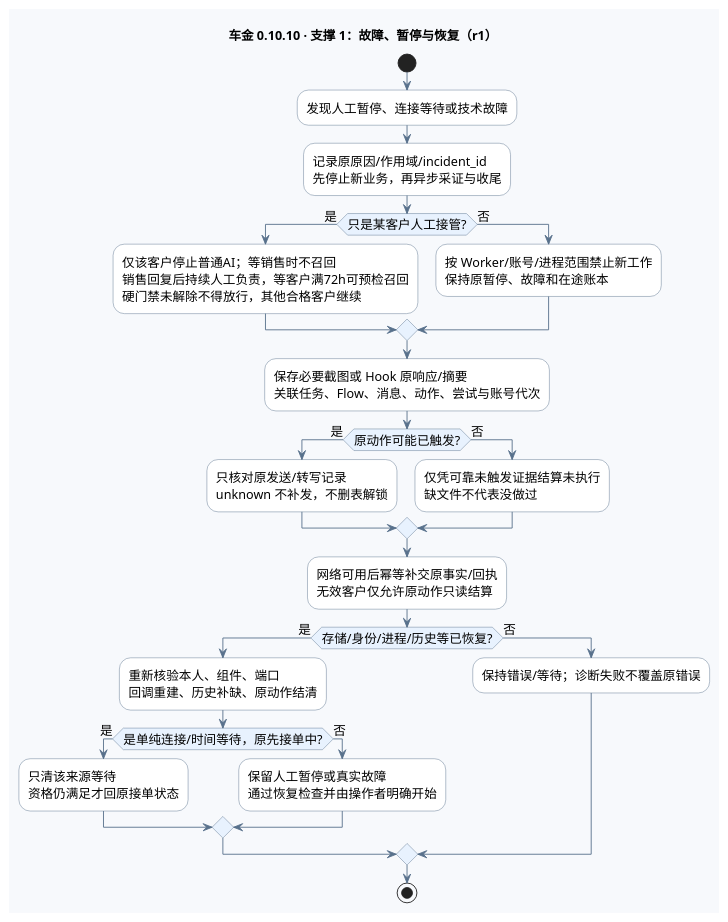
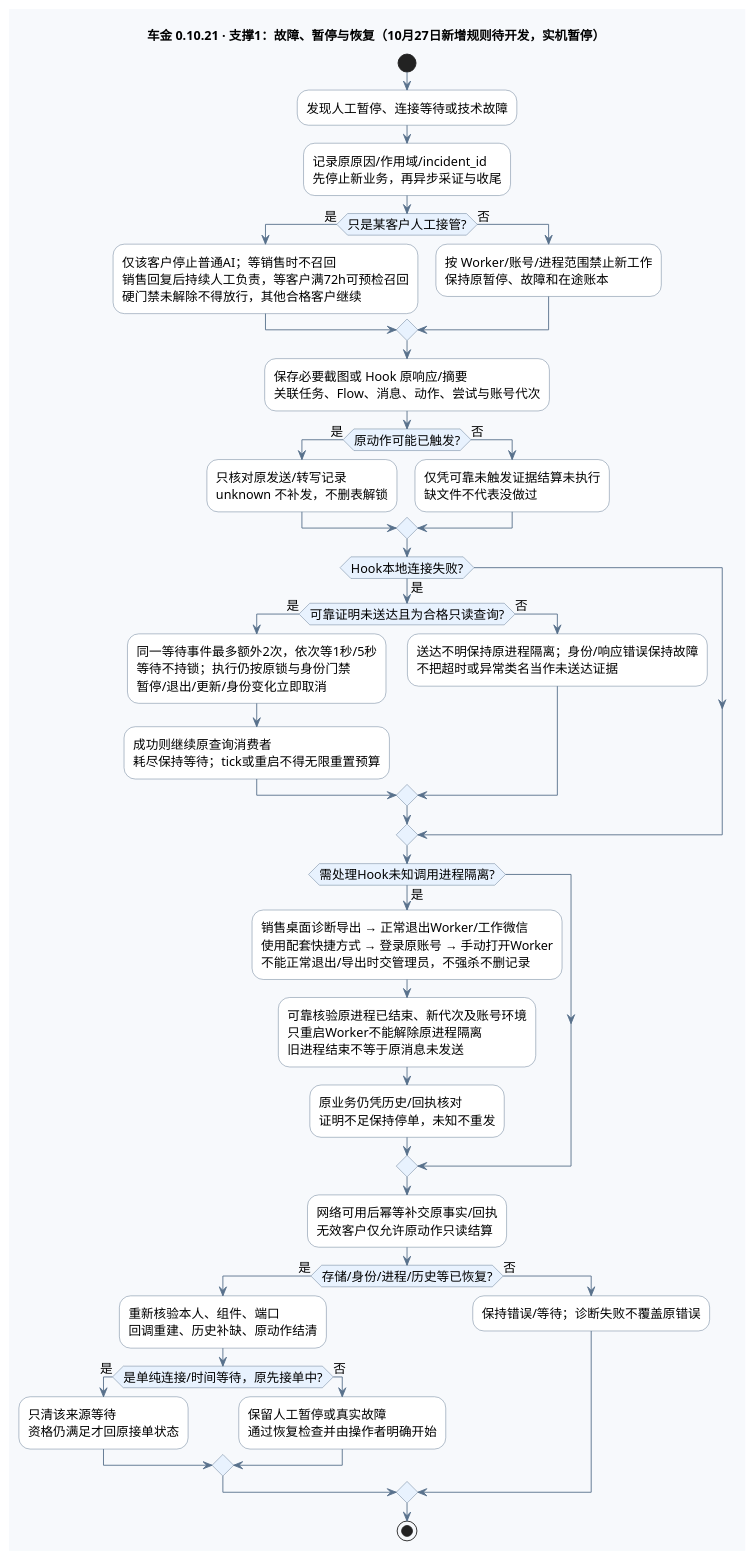
Before and after one commit to edwardzhang0304/chejin-ai-sales: the second of 6 diagrams in deliverables/AI智能客服售前跟进系统_全流程图_v0.10.21.puml, drawn with PlantUML. The commit also changed 29 other files, not shown here.

```diff
--- a/deliverables/AI智能客服售前跟进系统_全流程图_v0.10.21.puml
+++ b/deliverables/AI智能客服售前跟进系统_全流程图_v0.10.21.puml
@@ -342,52 +342,74 @@
 @startuml fault
 !pragma layout smetana
 skinparam defaultFontName "PingFang SC"
 skinparam defaultFontSize 14
 skinparam backgroundColor #F7F9FC
 skinparam shadowing false
 skinparam activityBackgroundColor #FFFFFF
 skinparam activityBorderColor #58718C
 skinparam activityDiamondBackgroundColor #E8F2FE
 skinparam activityDiamondBorderColor #58718C
 skinparam ArrowColor #58718C
 skinparam noteBackgroundColor #FFF4D9
 skinparam noteBorderColor #CDA556
-title 车金 0.10.10 · 支撑 1：故障、暂停与恢复（r1）
+title 车金 0.10.21 · 支撑1：故障、暂停与恢复（10月27日新增规则待开发，实机暂停）
 start
 :发现人工暂停、连接等待或技术故障;
 :记录原原因/作用域/incident_id
 先停止新业务，再异步采证与收尾;
 if (只是某客户人工接管?) then (是)
   :仅该客户停止普通AI；等销售时不召回
 销售回复后持续人工负责，等客户满72h可预检召回
 硬门禁未解除不得放行，其他合格客户继续;
 else (否)
   :按 Worker/账号/进程范围禁止新工作
 保持原暂停、故障和在途账本;
 endif
 :保存必要截图或 Hook 原响应/摘要
 关联任务、Flow、消息、动作、尝试与账号代次;
 if (原动作可能已触发?) then (是)
   :只核对原发送/转写记录
 unknown 不补发，不删表解锁;
 else (否)
   :仅凭可靠未触发证据结算未执行
 缺文件不代表没做过;
 endif
+if (Hook本地连接失败?) then (是)
+  if (可靠证明未送达且为合格只读查询?) then (是)
+    :同一等待事件最多额外2次，依次等1秒/5秒
+等待不持锁；执行仍按原锁与身份门禁
+暂停/退出/更新/身份变化立即取消;
+    :成功则继续原查询消费者
+耗尽保持等待；tick或重启不得无限重置预算;
+  else (否)
+    :送达不明保持原进程隔离；身份/响应错误保持故障
+不把超时或异常类名当作未送达证据;
+  endif
+endif
+if (需处理Hook未知调用进程隔离?) then (是)
+  :销售桌面诊断导出 → 正常退出Worker/工作微信
+使用配套快捷方式 → 登录原账号 → 手动打开Worker
+不能正常退出/导出时交管理员，不强杀不删记录;
+  :可靠核验原进程已结束、新代次及账号环境
+只重启Worker不能解除原进程隔离
+旧进程结束不等于原消息未发送;
+  :原业务仍凭历史/回执核对
+证明不足保持停单，未知不重发;
+endif
 :网络可用后幂等补交原事实/回执
 无效客户仅允许原动作只读结算;
 if (存储/身份/进程/历史等已恢复?) then (是)
   :重新核验本人、组件、端口
 回调重建、历史补缺、原动作结清;
   if (是单纯连接/时间等待，原先接单中?) then (是)
     :只清该来源等待
 资格仍满足才回原接单状态;
   else (否)
     :保留人工暂停或真实故障
 通过恢复检查并由操作者明确开始;
   endif
 else (否)
   :保持错误/等待；诊断失败不覆盖原错误;
 endif
 stop
 @enduml
```
